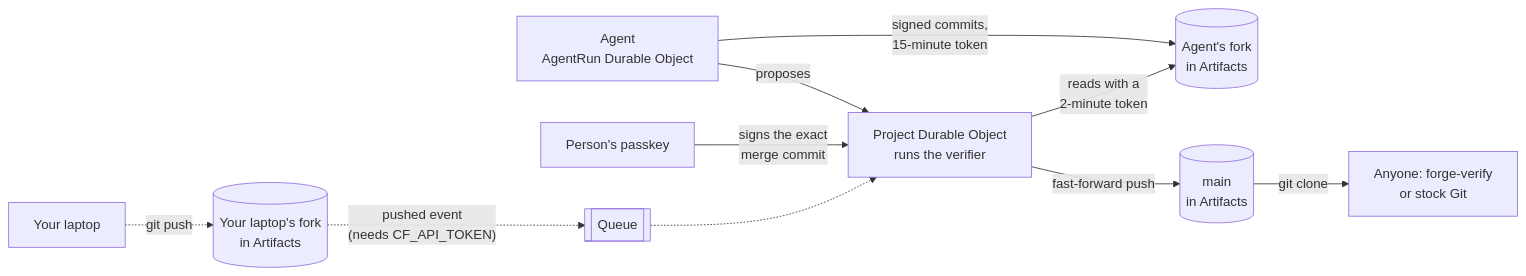
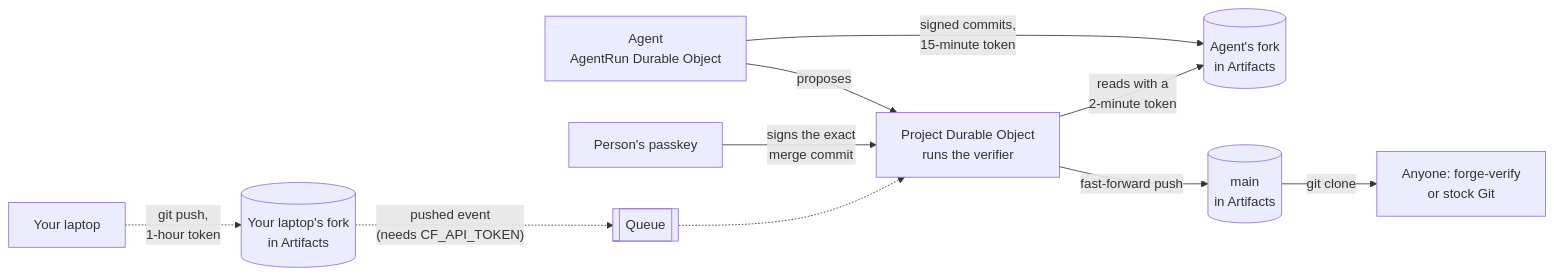
The diagram in README.md (OpenIntegrityProject/open-integrity-forge), drawn with Mermaid before and after one commit. The commit also changed other lines of this file and 3 other files, not shown here.

````diff
--- a/README.md
+++ b/README.md
@@ -34,12 +34,12 @@
 ```mermaid
 flowchart LR
   agent["Agent<br/>AgentRun Durable Object"] -- "signed commits,<br/>15-minute token" --> fork[("Agent's fork<br/>in Artifacts")]
   agent -- proposes --> project["Project Durable Object<br/>runs the verifier"]
   project -- "reads with a<br/>2-minute token" --> fork
   person["Person's passkey"] -- "signs the exact<br/>merge commit" --> project
   project -- "fast-forward push" --> main[("main<br/>in Artifacts")]
-  laptop["Your laptop"] -. "git push" .-> lfork[("Your laptop's fork<br/>in Artifacts")]
+  laptop["Your laptop"] -. "git push,<br/>1-hour token" .-> lfork[("Your laptop's fork<br/>in Artifacts")]
   lfork -. "pushed event<br/>(needs CF_API_TOKEN)" .-> queue[["Queue"]]
   queue -.-> project
   main -- "git clone" --> anyone["Anyone: forge-verify<br/>or stock Git"]
 ```
````
